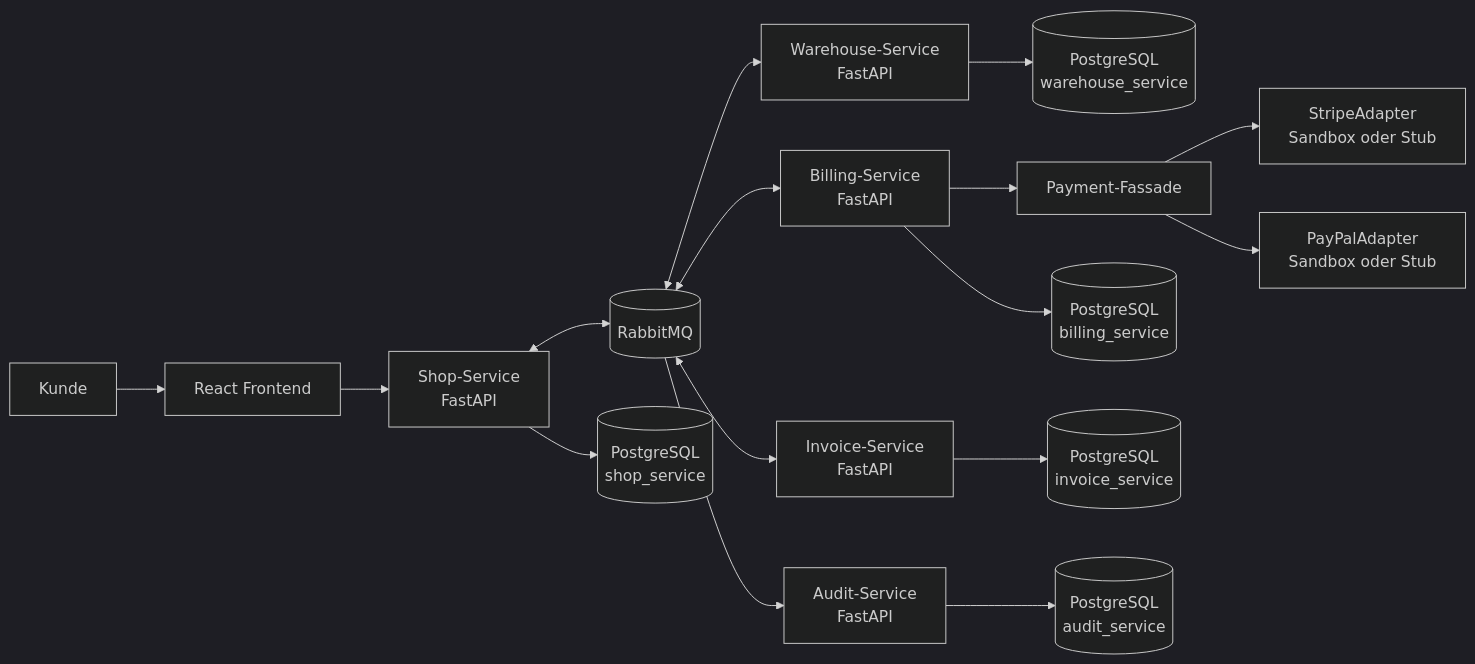
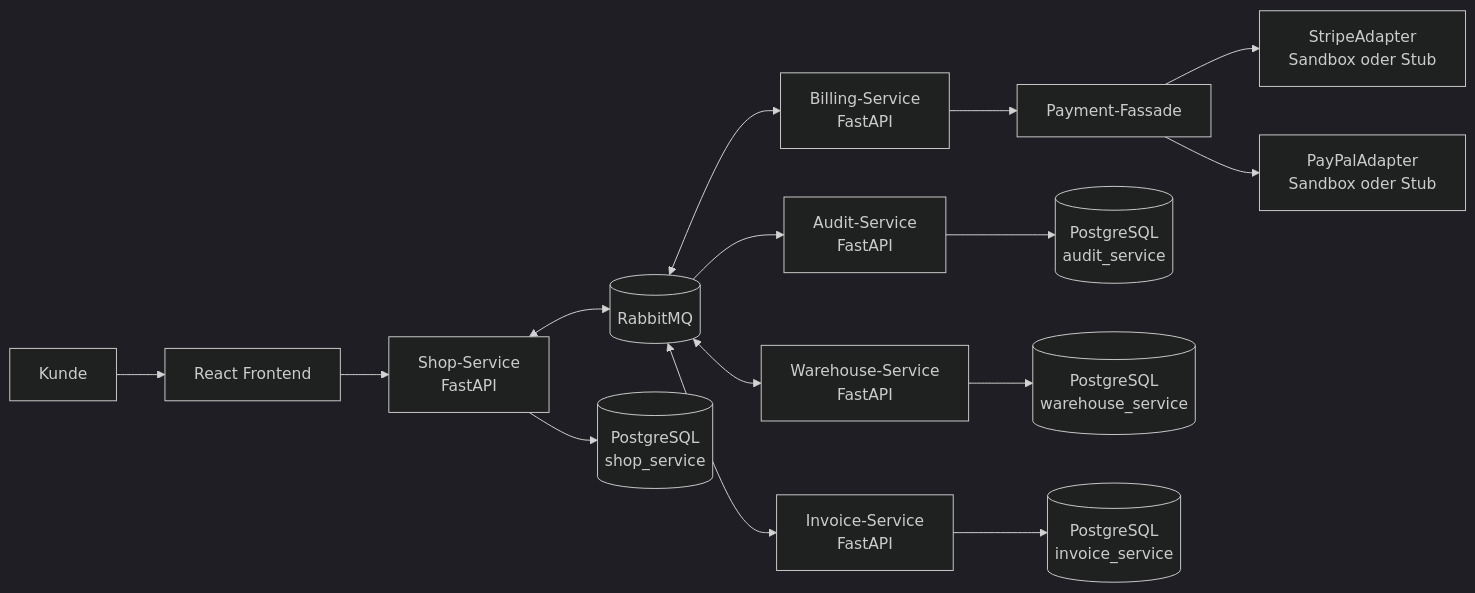
The second of 4 diagrams in docs/architecture.md (chips199/webshop-vse), drawn with Mermaid (dark theme) before and after one commit. The commit also changed other lines of this file and 7 other files, not shown here.

````diff
--- a/docs/architecture.md
+++ b/docs/architecture.md
@@ -39,21 +39,20 @@
 ```mermaid
 flowchart LR
     Customer[Kunde] --> React[React Frontend]
     React --> Shop[Shop-Service<br/>FastAPI]
 
     Shop <--> Rabbit[(RabbitMQ)]
     Rabbit <--> Warehouse[Warehouse-Service<br/>FastAPI]
     Rabbit <--> Billing[Billing-Service<br/>FastAPI]
     Rabbit <--> Invoice[Invoice-Service<br/>FastAPI]
     Rabbit --> Audit[Audit-Service<br/>FastAPI]
 
     Billing --> Facade[Payment-Fassade]
     Facade --> Stripe[StripeAdapter<br/>Sandbox oder Stub]
     Facade --> PayPal[PayPalAdapter<br/>Sandbox oder Stub]
 
     Audit --> AuditDb[(PostgreSQL<br/>audit_service)]
     Shop --> ShopDb[(PostgreSQL<br/>shop_service)]
     Warehouse --> WarehouseDb[(PostgreSQL<br/>warehouse_service)]
-    Billing --> BillingDb[(PostgreSQL<br/>billing_service)]
     Invoice --> InvoiceDb[(PostgreSQL<br/>invoice_service)]
 ```
````
